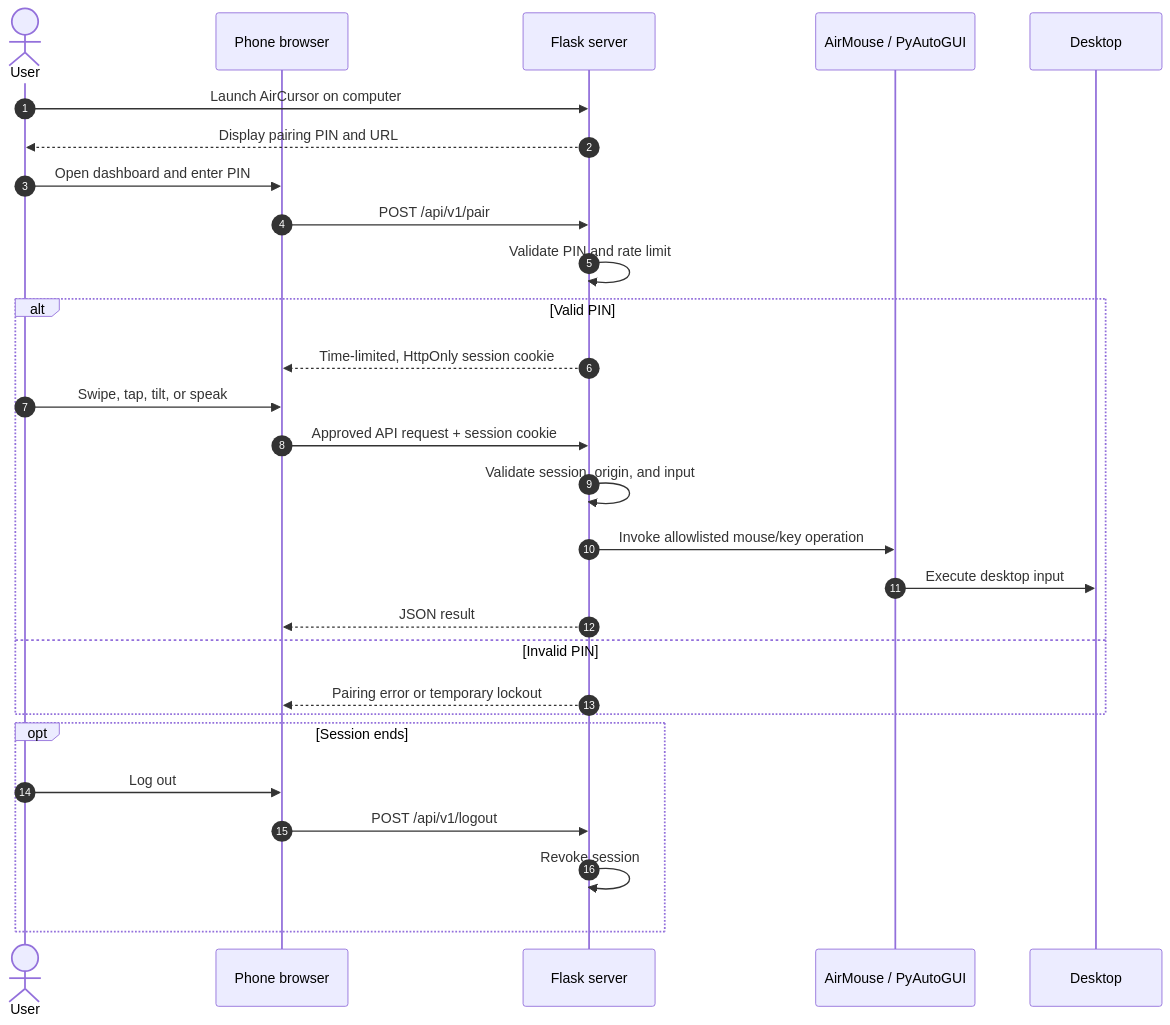
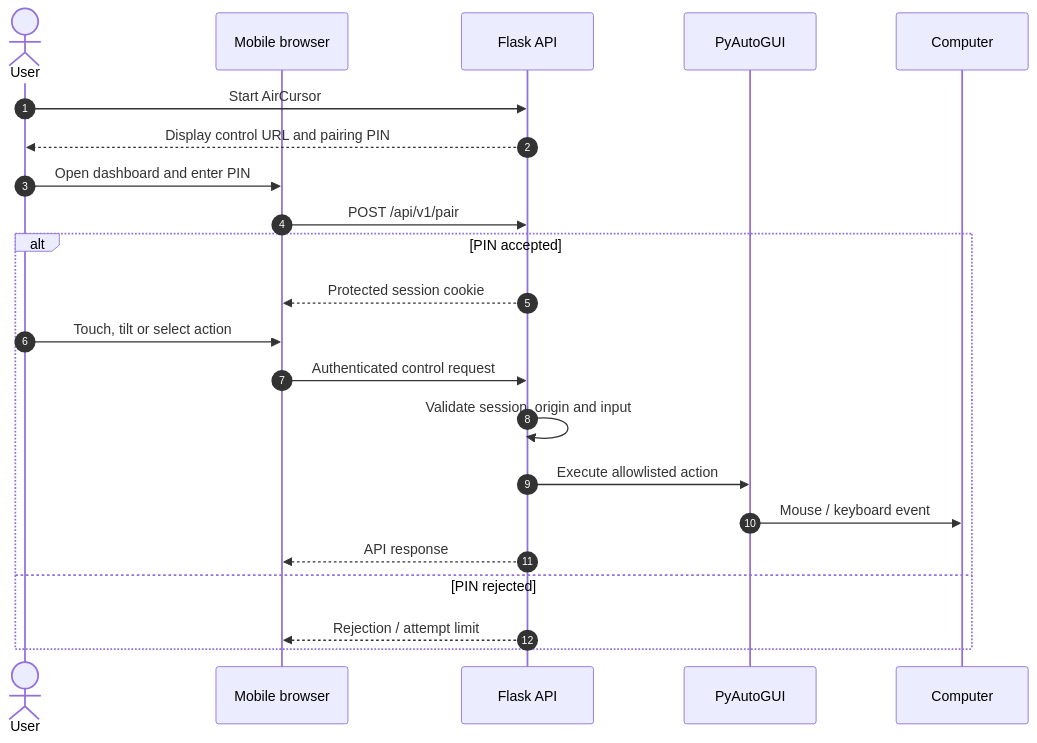
The second of 5 diagrams in README.md (pushkkal0201-bit/Air_Cursor), drawn with Mermaid before and after one commit. The commit also changed other lines of this file, not shown here.

Commit message:
docs: refine AirCursor README with professional architecture, controls and setup

```diff
--- a/README.md
+++ b/README.md
@@ -186,31 +137,25 @@
 ~~~mermaid
 sequenceDiagram
-    autonumber
-    actor U as User
-    participant B as Phone browser
-    participant S as Flask server
-    participant A as AirMouse / PyAutoGUI
-    participant D as Desktop
+  autonumber
+  actor User
+  participant Phone as Mobile browser
+  participant Server as Flask API
+  participant Driver as PyAutoGUI
+  participant Desktop as Computer
 
-    U->>S: Launch AirCursor on computer
-    S-->>U: Display pairing PIN and URL
-    U->>B: Open dashboard and enter PIN
-    B->>S: POST /api/v1/pair
-    S->>S: Validate PIN and rate limit
-    alt Valid PIN
-        S-->>B: Time-limited, HttpOnly session cookie
-        U->>B: Swipe, tap, tilt, or speak
-        B->>S: Approved API request + session cookie
-        S->>S: Validate session, origin, and input
-        S->>A: Invoke allowlisted mouse/key operation
-        A->>D: Execute desktop input
-        S-->>B: JSON result
-    else Invalid PIN
-        S-->>B: Pairing error or temporary lockout
-    end
-    opt Session ends
-        U->>B: Log out
-        B->>S: POST /api/v1/logout
-        S->>S: Revoke session
-    end
+  User->>Server: Start AirCursor
+  Server-->>User: Display control URL and pairing PIN
+  User->>Phone: Open dashboard and enter PIN
+  Phone->>Server: POST /api/v1/pair
+  alt PIN accepted
+    Server-->>Phone: Protected session cookie
+    User->>Phone: Touch, tilt or select action
+    Phone->>Server: Authenticated control request
+    Server->>Server: Validate session, origin and input
+    Server->>Driver: Execute allowlisted action
+    Driver->>Desktop: Mouse / keyboard event
+    Server-->>Phone: API response
+  else PIN rejected
+    Server-->>Phone: Rejection / attempt limit
+  end
 ~~~
```
